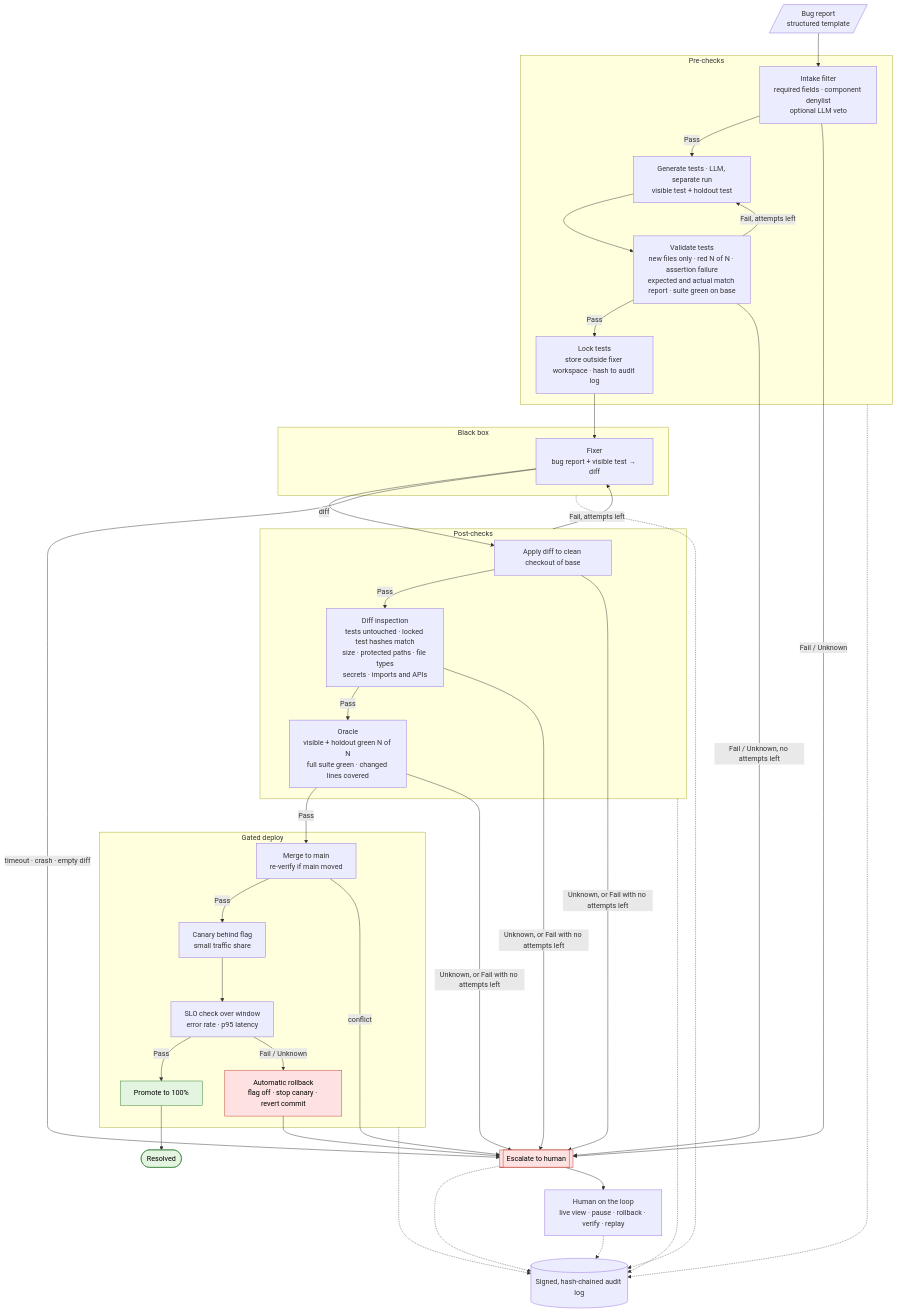
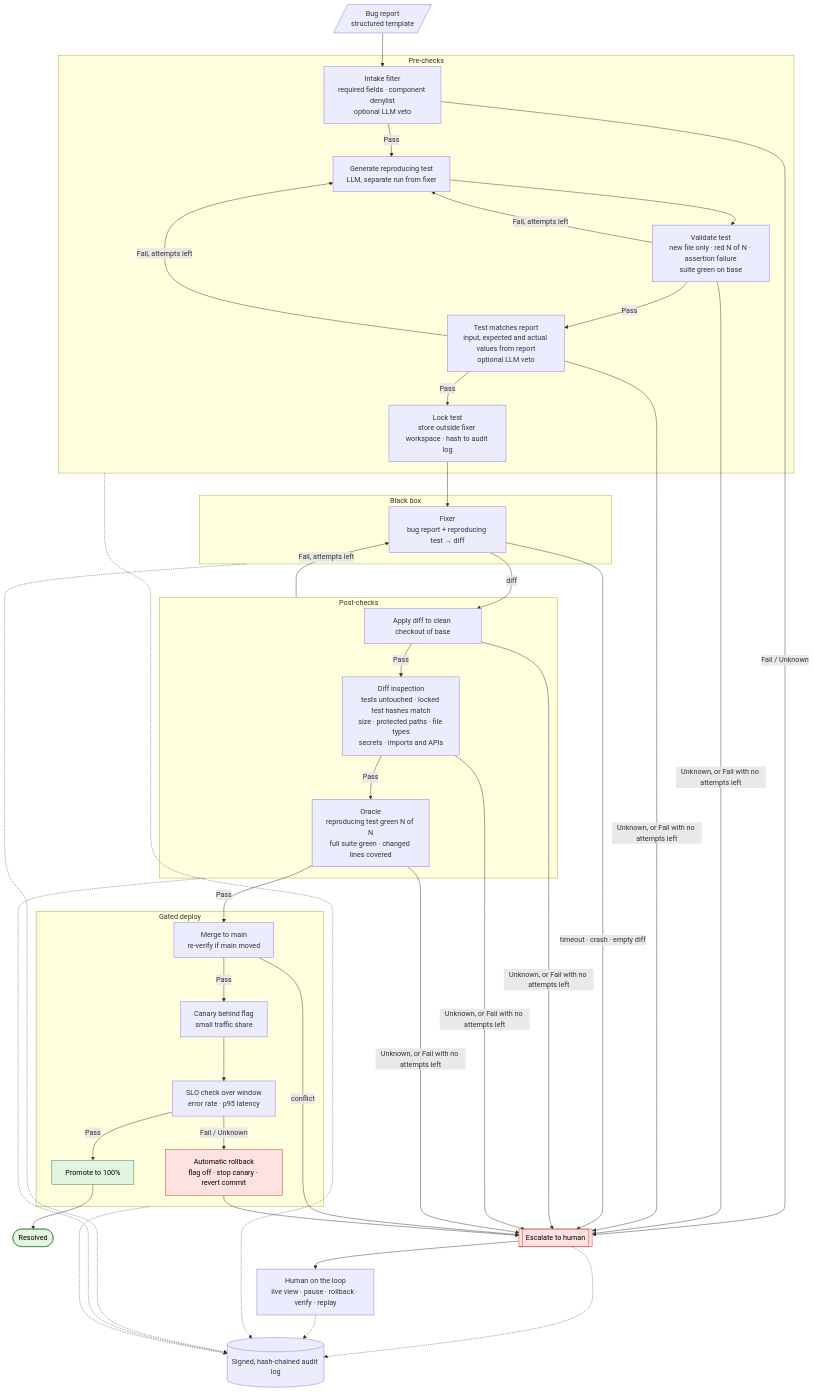
One commit to aische/dark_factory_for_bug_resolution changed the diagram in .notes/Dark Factory for Bug Resolution — Requirements.md. Above: the diagram before and after it, drawn with Mermaid. The commit also changed other lines of this file, not shown here.

````diff
--- a/.notes/Dark Factory for Bug Resolution — Requirements.md
+++ b/.notes/Dark Factory for Bug Resolution — Requirements.md
@@ -43,61 +43,63 @@
 ```mermaid
 flowchart TD
     BR[/"Bug report<br/>structured template"/] --> IN
 
     subgraph PRE["Pre-checks"]
         IN["Intake filter<br/>required fields · component denylist<br/>optional LLM veto"]
-        GEN["Generate tests · LLM, separate run<br/>visible test + holdout test"]
-        VAL["Validate tests<br/>new files only · red N of N · assertion failure<br/>expected and actual match report · suite green on base"]
-        LOCK["Lock tests<br/>store outside fixer workspace · hash to audit log"]
+        GEN["Generate reproducing test<br/>LLM, separate run from fixer"]
+        VAL["Validate test<br/>new file only · red N of N · assertion failure<br/>suite green on base"]
+        MATCH["Test matches report<br/>input, expected and actual values from report<br/>optional LLM veto"]
+        LOCK["Lock test<br/>store outside fixer workspace · hash to audit log"]
         IN -->|Pass| GEN --> VAL
-        VAL -->|"Fail, attempts left"| GEN
-        VAL -->|Pass| LOCK
+        VAL -->|Pass| MATCH
+        VAL & MATCH -->|"Fail, attempts left"| GEN
+        MATCH -->|Pass| LOCK
     end
 
     subgraph BOX["Black box"]
-        FIX["Fixer<br/>bug report + visible test → diff"]
+        FIX["Fixer<br/>bug report + reproducing test → diff"]
     end
 
     subgraph POST["Post-checks"]
         APPLY["Apply diff to clean checkout of base"]
         DIFF["Diff inspection<br/>tests untouched · locked test hashes match<br/>size · protected paths · file types<br/>secrets · imports and APIs"]
-        ORA["Oracle<br/>visible + holdout green N of N<br/>full suite green · changed lines covered"]
+        ORA["Oracle<br/>reproducing test green N of N<br/>full suite green · changed lines covered"]
         APPLY -->|Pass| DIFF -->|Pass| ORA
     end
 
     subgraph DEP["Gated deploy"]
         MRG["Merge to main<br/>re-verify if main moved"]
         CAN["Canary behind flag<br/>small traffic share"]
         SLO["SLO check over window<br/>error rate · p95 latency"]
         PROM["Promote to 100%"]
         RB["Automatic rollback<br/>flag off · stop canary · revert commit"]
         MRG -->|Pass| CAN --> SLO
         SLO -->|Pass| PROM
         SLO -->|"Fail / Unknown"| RB
     end
 
     LOCK --> FIX
     FIX -->|diff| APPLY
     ORA -->|Pass| MRG
     PROM --> DONE(["Resolved"])
 
     ESC[["Escalate to human"]]
     IN -->|"Fail / Unknown"| ESC
-    VAL -->|"Fail / Unknown, no attempts left"| ESC
+    VAL & MATCH -->|"Unknown, or Fail with no attempts left"| ESC
     FIX -->|"timeout · crash · empty diff"| ESC
     POST -->|"Fail, attempts left"| FIX
     APPLY & DIFF & ORA -->|"Unknown, or Fail with no attempts left"| ESC
     MRG -->|conflict| ESC
     RB --> ESC
 
     AUD[("Signed, hash-chained audit log")]
     HUM["Human on the loop<br/>live view · pause · rollback · verify · replay"]
     PRE & BOX & POST & DEP & ESC -.-> AUD
     ESC --> HUM
     HUM -.-> AUD
 
     classDef esc fill:#fde2e1,stroke:#c0392b,color:#000
     classDef ok fill:#e3f4e1,stroke:#2e7d32,color:#000
     class ESC,RB esc
     class DONE,PROM ok
 ```
````
